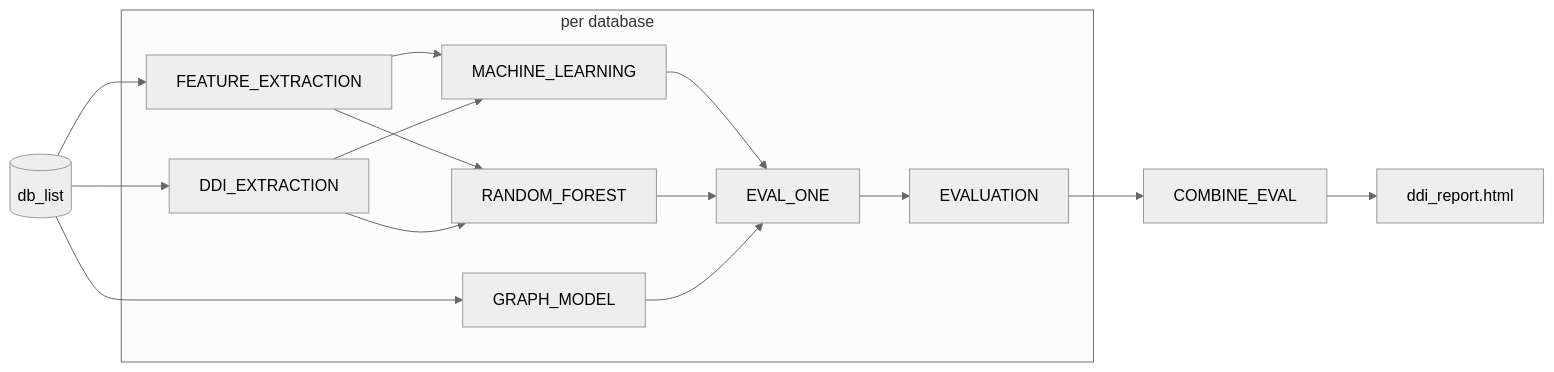
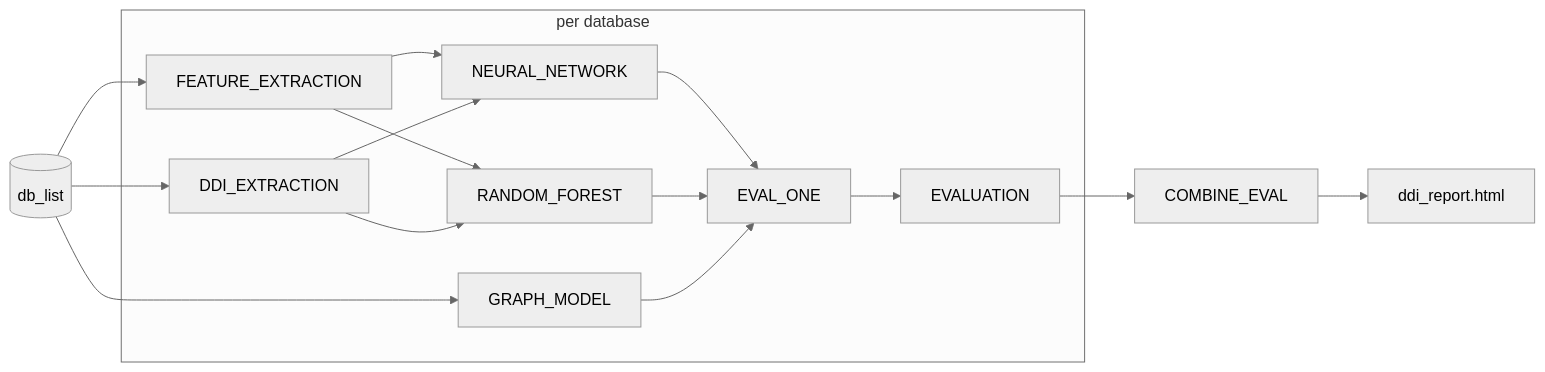
One commit to daisybio/domainbenchmark changed the diagram in README.md. Above: the diagram before and after it, drawn with Mermaid (neutral theme). The commit also changed other lines of this file and 23 other files, not shown here.

Commit message:
renamed machine learning to neural network

````diff
--- a/README.md
+++ b/README.md
@@ -42,18 +42,18 @@
 ```mermaid
 flowchart LR
     subgraph "per database"
         ddi[DDI_EXTRACTION]
         feat[FEATURE_EXTRACTION]
-        ml[MACHINE_LEARNING]
+        nn[NEURAL_NETWORK]
         rf[RANDOM_FOREST]
         gm[GRAPH_MODEL]
         eo[EVAL_ONE]
         ev[EVALUATION]
     end
     db[(db_list)] --> ddi
-    db --> feat --> ml & rf
+    db --> feat --> nn & rf
     db --> gm
-    ddi --> ml & rf
-    ml & rf & gm --> eo --> ev
+    ddi --> nn & rf
+    nn & rf & gm --> eo --> ev
     ev --> agg[COMBINE_EVAL] --> report[ddi_report.html]
 ```
````
